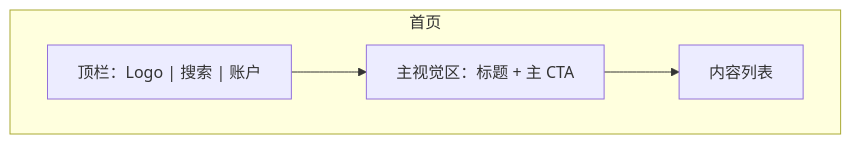
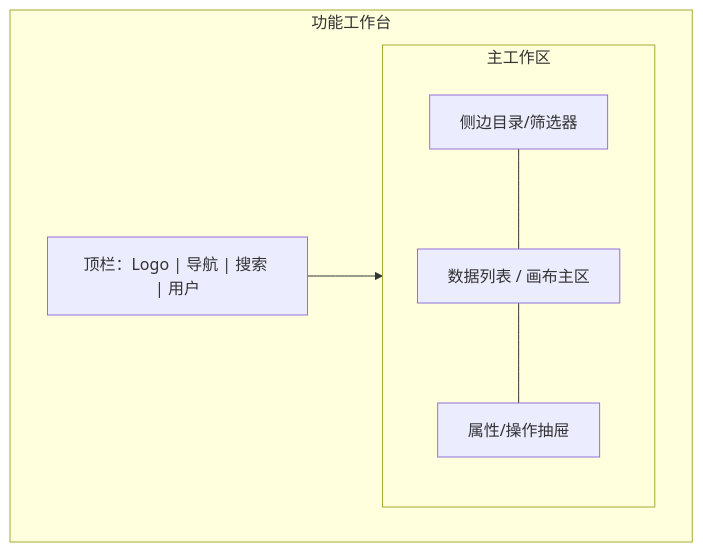
One commit to zhaoxuan-inside/hs-dev-skill changed the diagram in references/product_prototype.md. Above: the diagram before and after it, drawn with Mermaid. The commit also changed other lines of this file and 9 other files, not shown here.

````diff
--- a/references/product_prototype.md
+++ b/references/product_prototype.md
@@ -41,9 +46,13 @@
 ```mermaid
 flowchart TB
-  subgraph ScreenHome["首页"]
-    Nav["顶栏：Logo | 搜索 | 账户"]
-    Hero["主视觉区：标题 + 主 CTA"]
-    List["内容列表"]
-    Nav --> Hero --> List
+  subgraph Screen["功能工作台"]
+    Header["顶栏：Logo | 导航 | 搜索 | 用户"]
+    subgraph Body["主工作区"]
+      Sidebar["侧边目录/筛选器"]
+      MainCanvas["数据列表 / 画布主区"]
+      Inspector["属性/操作抽屉"]
+    end
+    Header --> Body
+    Sidebar --- MainCanvas --- Inspector
   end
 ```
````
